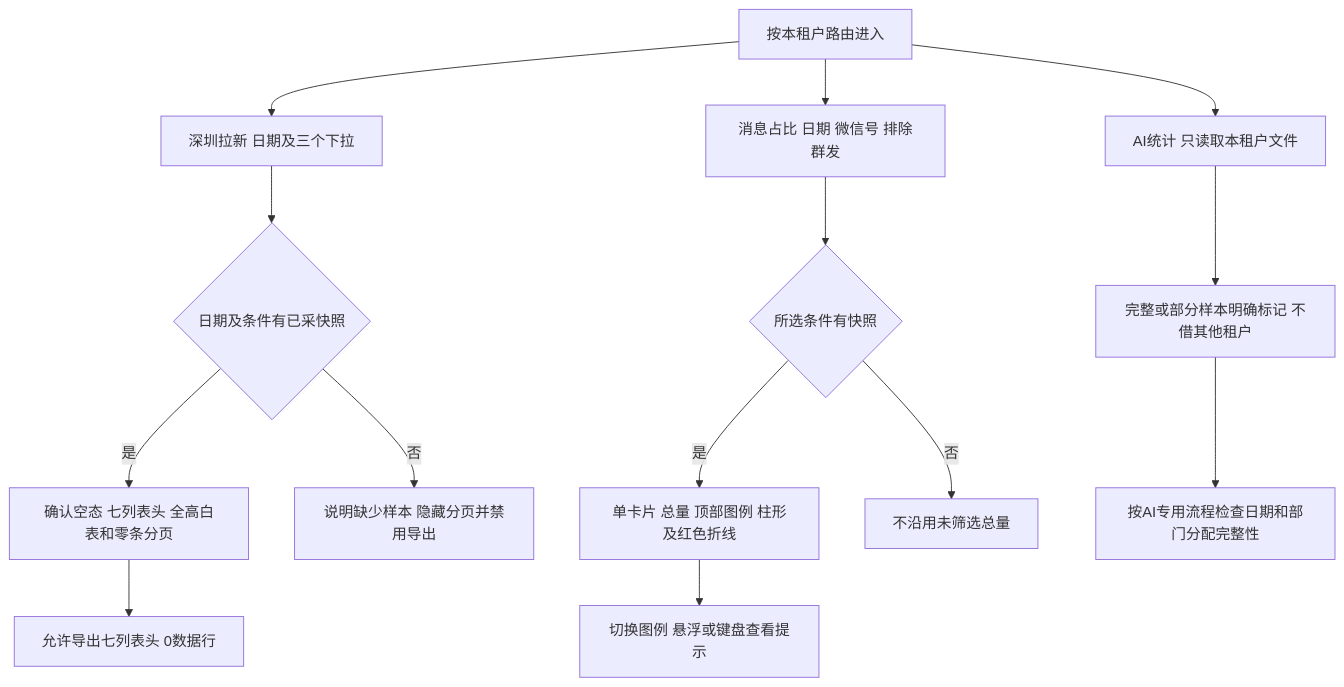
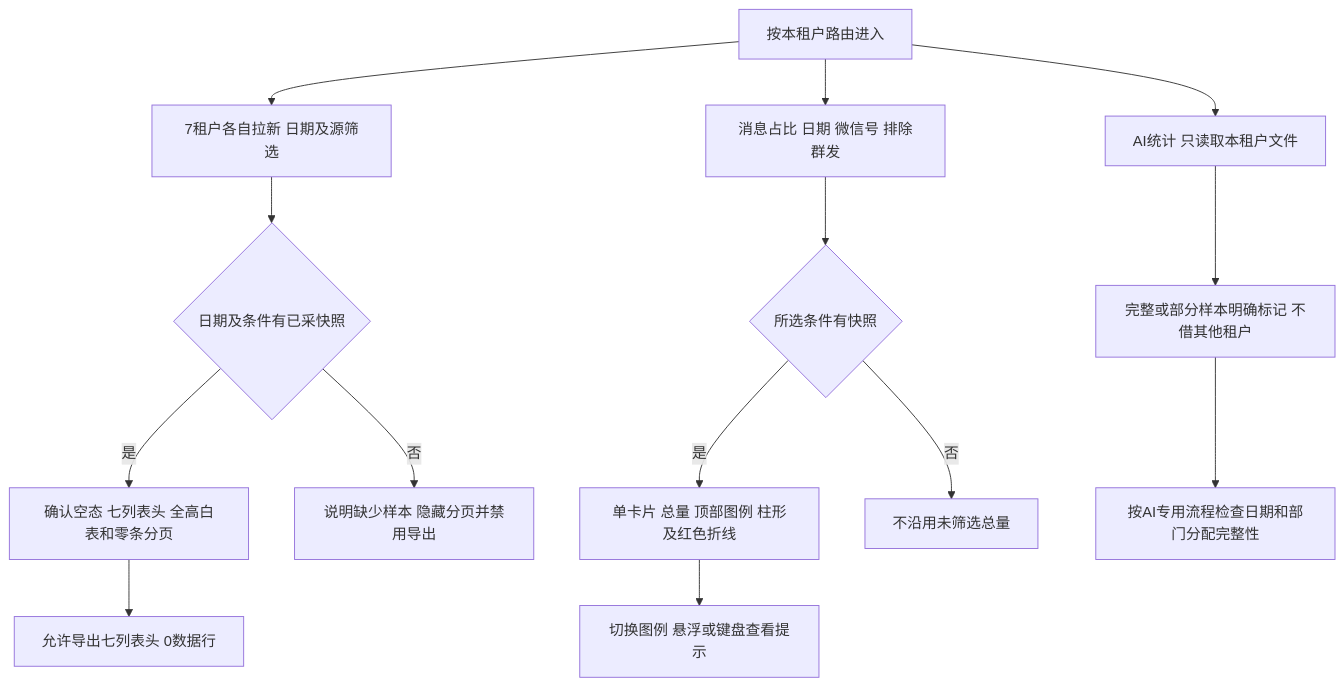
One commit to xfang9528-glitch/suiyin-admin changed the seventh of 10 diagrams in flowcharts/admin-live-reference.md. Above: the diagram before and after it, drawn with Mermaid. The commit also changed other lines of this file and 103 other files, not shown here.

````diff
--- a/flowcharts/admin-live-reference.md
+++ b/flowcharts/admin-live-reference.md
@@ -144,16 +144,16 @@
 ```mermaid
 flowchart TD
-    Route[按本租户路由进入] --> Recruitment[深圳拉新 日期及三个下拉]
+    Route[按本租户路由进入] --> Recruitment[7租户各自拉新 日期及源筛选]
     Recruitment --> Observed{日期及条件有已采快照}
     Observed -->|是| Empty[确认空态 七列表头 全高白表和零条分页]
     Empty --> Export[允许导出七列表头 0数据行]
     Observed -->|否| Missing[说明缺少样本 隐藏分页并禁用导出]
     Route --> Message[消息占比 日期 微信号 排除群发]
     Message --> Coverage{所选条件有快照}
     Coverage -->|是| Chart[单卡片 总量 顶部图例 柱形及红色折线]
     Chart --> Inspect[切换图例 悬浮或键盘查看提示]
     Coverage -->|否| ChartMissing[不沿用未筛选总量]
     Route --> AI[AI统计 只读取本租户文件]
     AI --> Partial[完整或部分样本明确标记 不借其他租户]
     Partial --> AIFlow[按AI专用流程检查日期和部门分配完整性]
 ```
````
